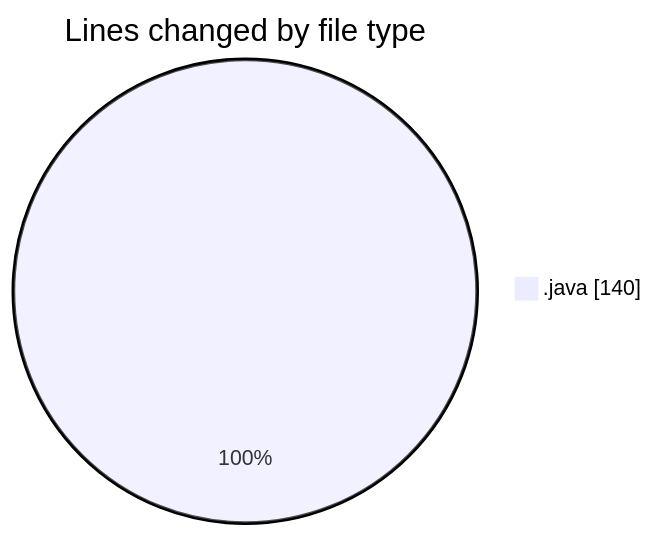
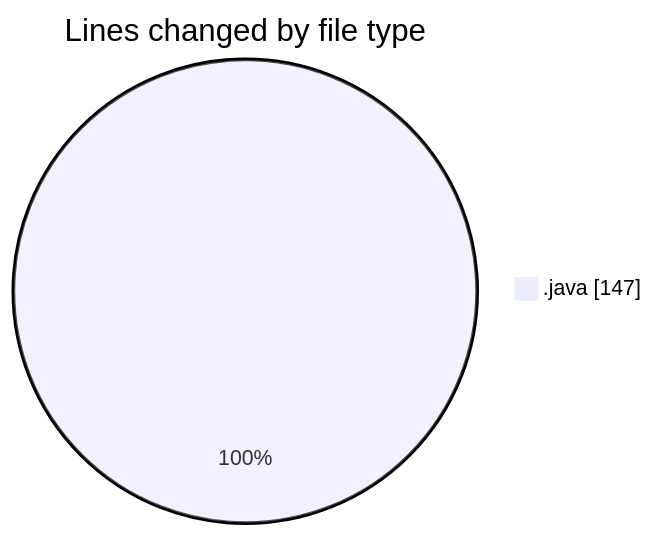
One commit to NitaiMahat/code-tracking changed the first of 2 diagrams in 2025-01-29/java/README.md. Above: the diagram before and after it, drawn with Mermaid. The commit also changed other lines of this file and 1 other file, not shown here.

````diff
--- a/2025-01-29/java/README.md
+++ b/2025-01-29/java/README.md
@@ -24,5 +24,5 @@
 ```mermaid
 pie showData
 title Lines changed by file type
-".java" : 140
+".java" : 147
 ```
````
